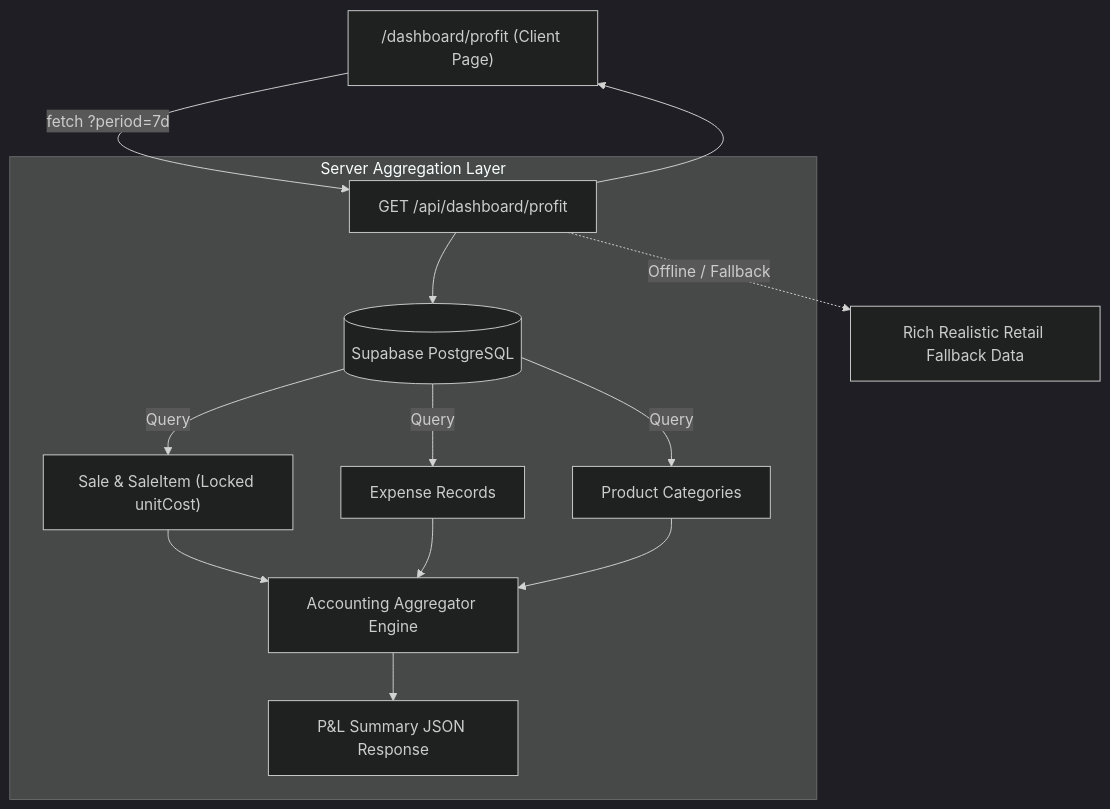
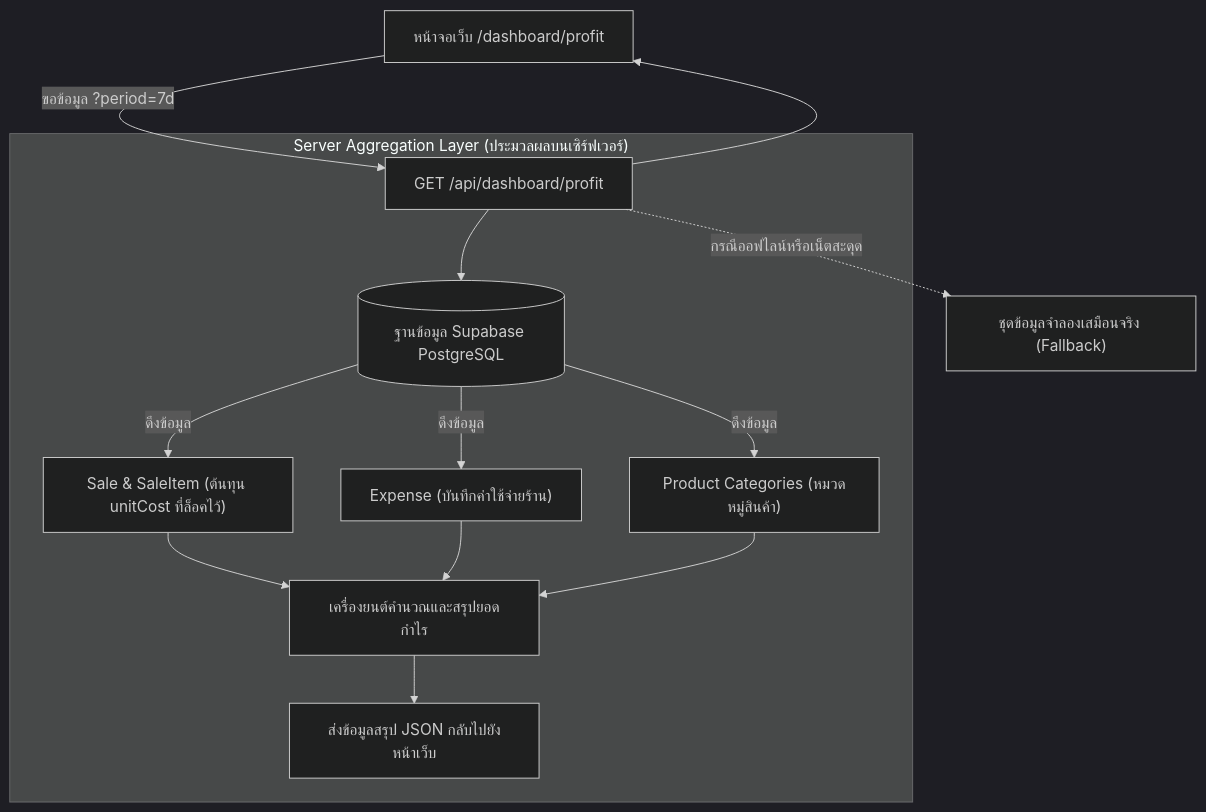
Before and after one commit to Ratibodi/Kipp-Market: the diagram in docs/superpowers/specs/2026-10-22-profit-analytics-dashboard-design.md, drawn with Mermaid (dark theme). The commit also changed other lines of this file, not shown here.

Commit message:
docs: translate profit analytics design spec to Thai

````diff
--- a/docs/superpowers/specs/2026-10-22-profit-analytics-dashboard-design.md
+++ b/docs/superpowers/specs/2026-10-22-profit-analytics-dashboard-design.md
@@ -62,17 +60,17 @@
 ```mermaid
 graph TD
-    UI["/dashboard/profit (Client Page)"] -->|fetch ?period=7d| API["GET /api/dashboard/profit"]
+    UI["หน้าจอเว็บ /dashboard/profit"] -->|ขอข้อมูล ?period=7d| API["GET /api/dashboard/profit"]
     
-    subgraph "Server Aggregation Layer"
-        API --> DB[("Supabase PostgreSQL")]
-        DB -->|Query| SALES["Sale & SaleItem (Locked unitCost)"]
-        DB -->|Query| EXPENSES["Expense Records"]
-        DB -->|Query| PRODS["Product Categories"]
+    subgraph "Server Aggregation Layer (ประมวลผลบนเซิร์ฟเวอร์)"
+        API --> DB[("ฐานข้อมูล Supabase PostgreSQL")]
+        DB -->|ดึงข้อมูล| SALES["Sale & SaleItem (ต้นทุน unitCost ที่ล็อคไว้)"]
+        DB -->|ดึงข้อมูล| EXPENSES["Expense (บันทึกค่าใช้จ่ายร้าน)"]
+        DB -->|ดึงข้อมูล| PRODS["Product Categories (หมวดหมู่สินค้า)"]
         
-        SALES & EXPENSES & PRODS --> CALC["Accounting Aggregator Engine"]
-        CALC --> RES["P&L Summary JSON Response"]
+        SALES & EXPENSES & PRODS --> CALC["เครื่องยนต์คำนวณและสรุปยอดกำไร"]
+        CALC --> RES["ส่งข้อมูลสรุป JSON กลับไปยังหน้าเว็บ"]
     end
     
-    API -.->|Offline / Fallback| MOCK["Rich Realistic Retail Fallback Data"]
+    API -.->|กรณีออฟไลน์หรือเน็ตสะดุด| MOCK["ชุดข้อมูลจำลองเสมือนจริง (Fallback)"]
     API --> UI
 ```
````
